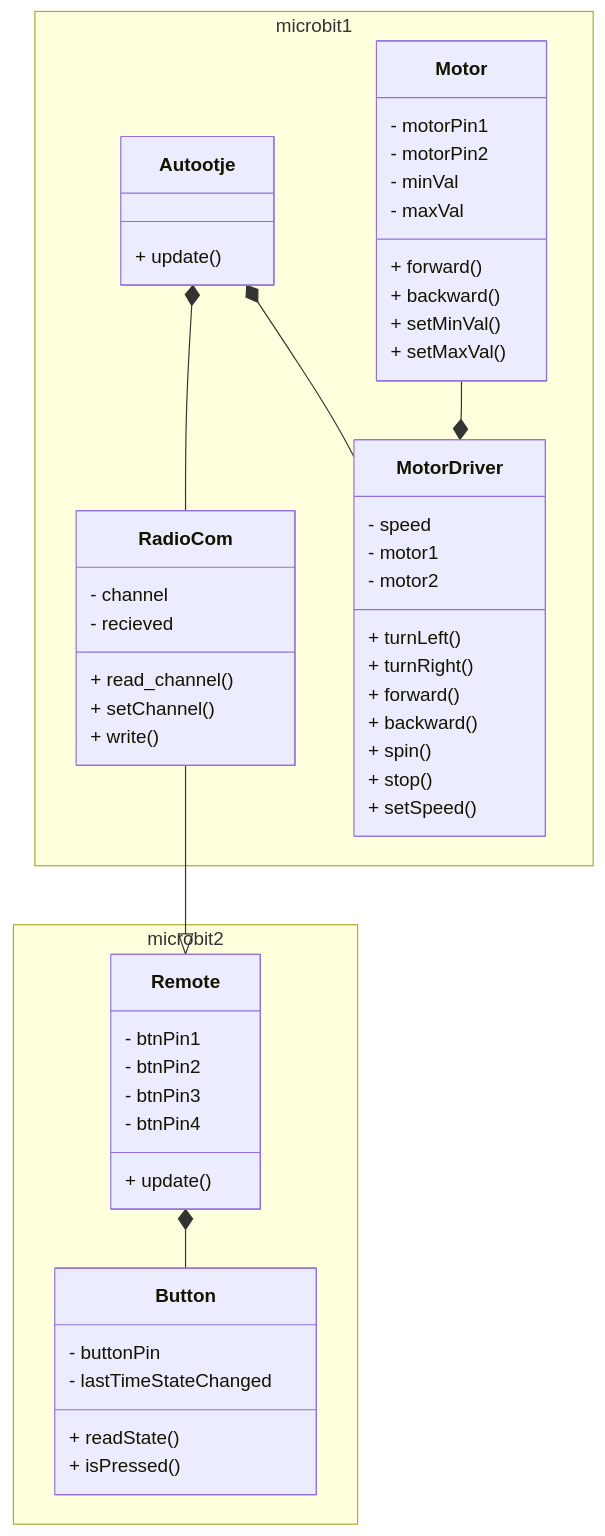
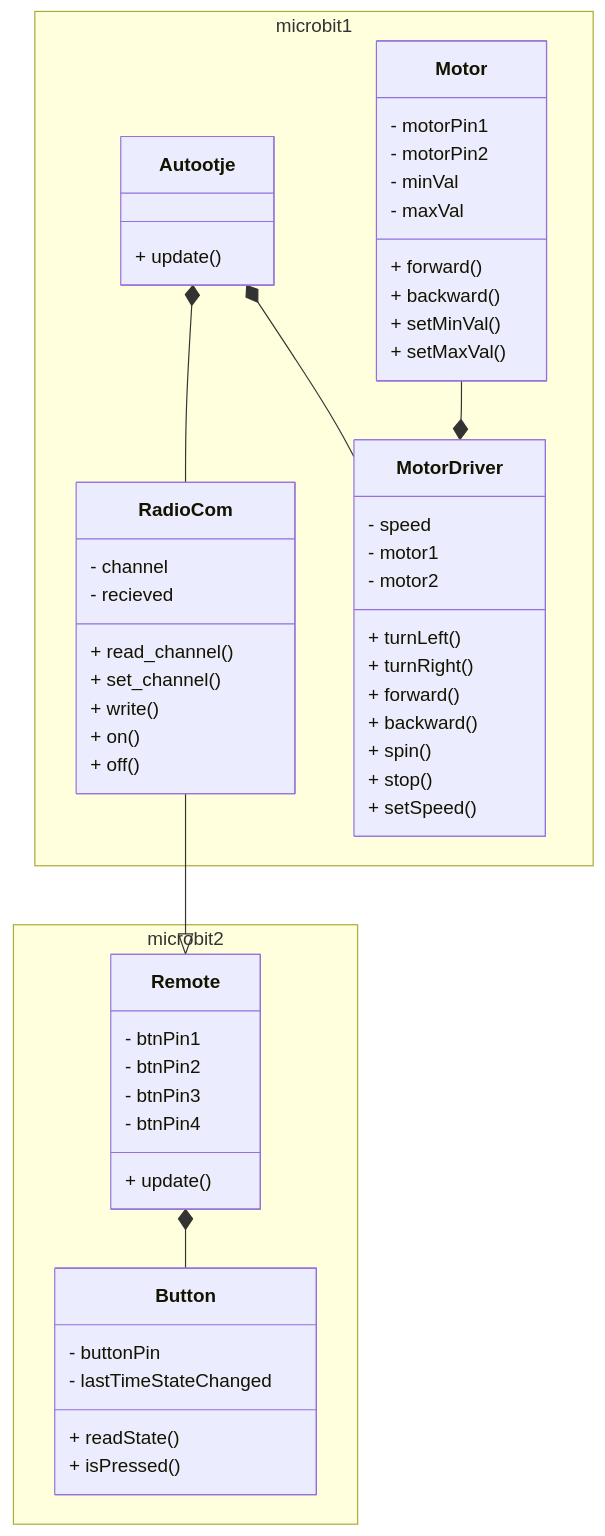
Before and after one commit to jensthebrogrammer/project_autotje: the diagram in UML_schema.md, drawn with Mermaid.

Commit message:
in RadioCom heb ik on en off toegevoegd

````diff
--- a/UML_schema.md
+++ b/UML_schema.md
@@ -1,67 +1,69 @@
 ```mermaid
 classDiagram
     namespace microbit1 {
         class Autootje {
             
             + update()
             
         }
 
         class Motor {
             - motorPin1
             - motorPin2
             - minVal
             - maxVal
             + forward()
             + backward()
             + setMinVal()
             + setMaxVal()
         }
         
         class MotorDriver {
             - speed
             - motor1
             - motor2
             + turnLeft()
             + turnRight()
             + forward()
             + backward()
             + spin()
             + stop()
             + setSpeed()
         }
 
         class RadioCom {
             - channel
             - recieved
             + read_channel()
-            + setChannel()
+            + set_channel()
             + write()
+            + on()
+            + off()
         }
     }
 
     namespace microbit2 {
         class Remote {
             - btnPin1
             - btnPin2
             - btnPin3
             - btnPin4
             + update()
         }
     
         class Button {
             - buttonPin
             - lastTimeStateChanged
             + readState()
             + isPressed()
             
         }
     }
 
     Autootje *-- RadioCom
     Autootje *-- MotorDriver
     RadioCom --|> Remote
     Remote *-- Button
     Motor --* MotorDriver
 
 ```
````
